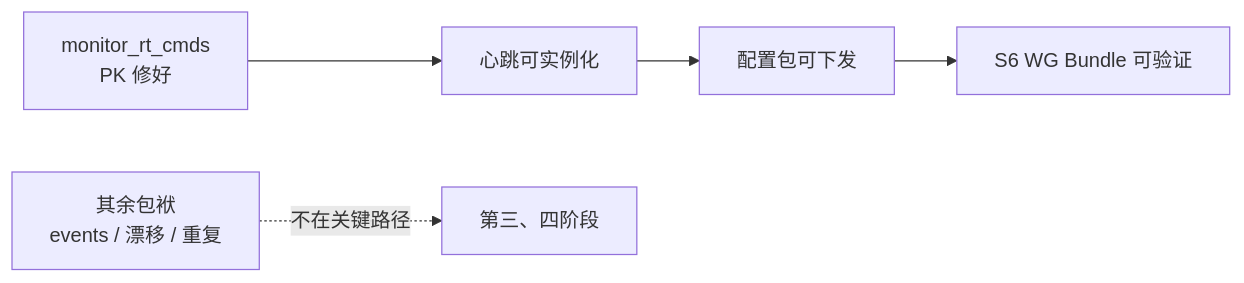
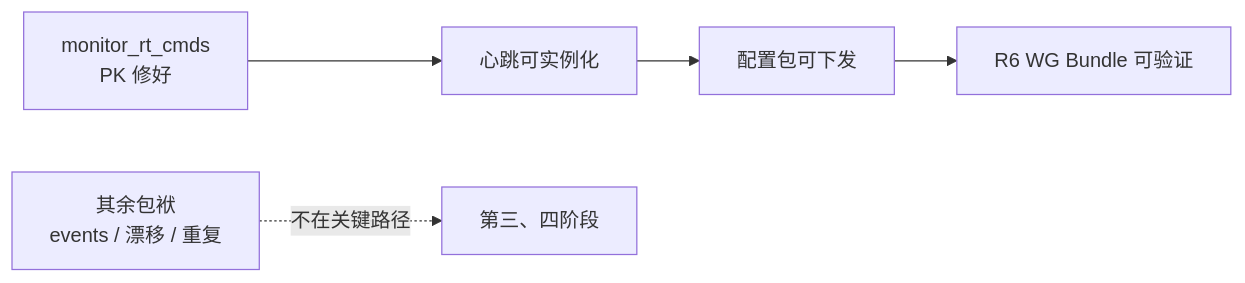
Before and after one commit to mynet-club/mynet_ctl: the diagram in docs/knowledge-base/spec/back-baggage-cleanup.md, drawn with Mermaid. The commit also changed other lines of this file and 1 other file, not shown here.

Commit message:
docs(spec): R0 —— 撤销已废止的 S 计划宣称（不再宣称 S6 完成）
driver-abstraction.md §5 的 R0 出口判据是「back/agent/ctl 不再宣称 S6 完成」。
实际扫下来，三处把**已废止的 S 编号体系**当现役决策/依赖链在宣称：

- mynet-back-namespace-drift.md §6：「用户已决策：S6 = back 改产抽象 VPNBundle」
  与「依赖链 S6 改产 VPNBundle → S3 剩余/S4 → S7」——两个前提都已废：
  ① S 编号不存在（现行是 R0–R9）；②「一个扁平 VPNBundle 覆盖两种驱动」的草案
  已被该 spec §1 明确撤销。照做等于改产一个被否掉的抽象。已划掉原文并按 R0–R9 重述
- back-baggage-cleanup.md：两处 S6/S7 → R6/R7（含 mermaid 节点）

更正后三仓已不再宣称 S6 完成（grep 无残留）。

````diff
--- a/docs/knowledge-base/spec/back-baggage-cleanup.md
+++ b/docs/knowledge-base/spec/back-baggage-cleanup.md
@@ -201,7 +201,7 @@
 ```mermaid
 flowchart LR
     A["monitor_rt_cmds<br/>PK 修好"] --> B["心跳可实例化"]
     B --> C["配置包可下发"]
-    C --> D["S6 WG Bundle 可验证"]
+    C --> D["R6 WG Bundle 可验证"]
     E["其余包袱<br/>events / 漂移 / 重复"] -.->|"不在关键路径"| F["第三、四阶段"]
 ```
````
